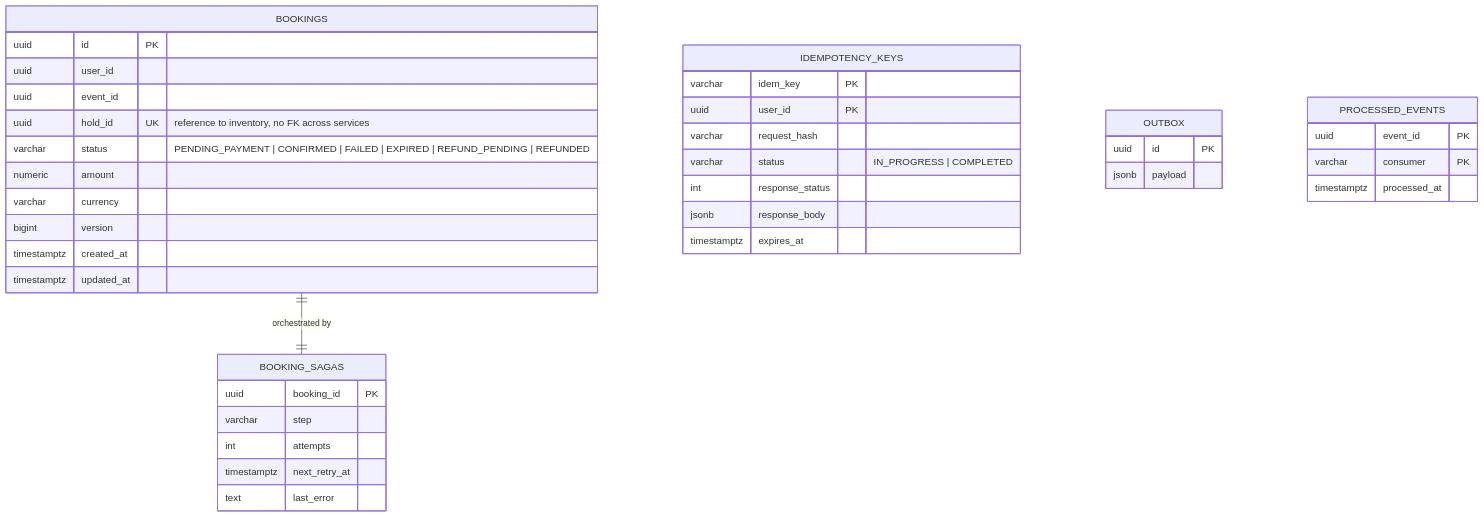
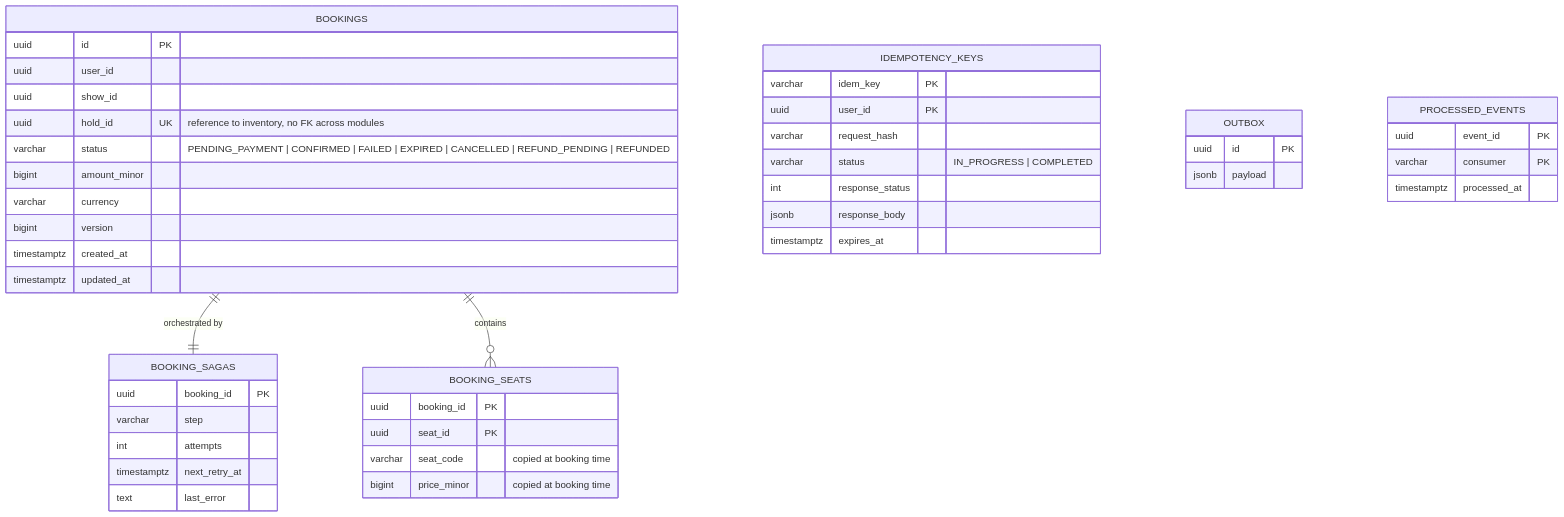
Before and after one commit to Vivek-122005/distributed-ticket-reservation-system: the second of 2 diagrams in docs/hld/04-data-model.md, drawn with Mermaid. The commit also changed other lines of this file and 8 other files, not shown here.

First line of the commit message:
docs: adopt show/venue model, payment reconciliation and monolith-first core

````diff
--- a/docs/hld/04-data-model.md
+++ b/docs/hld/04-data-model.md
@@ -65,41 +105,48 @@
 ```mermaid
 erDiagram
     BOOKINGS ||--|| BOOKING_SAGAS : "orchestrated by"
+    BOOKINGS ||--o{ BOOKING_SEATS : contains
     BOOKINGS {
       uuid id PK
       uuid user_id
-      uuid event_id
-      uuid hold_id UK "reference to inventory, no FK across services"
-      varchar status "PENDING_PAYMENT | CONFIRMED | FAILED | EXPIRED | REFUND_PENDING | REFUNDED"
-      numeric amount
+      uuid show_id
+      uuid hold_id UK "reference to inventory, no FK across modules"
+      varchar status "PENDING_PAYMENT | CONFIRMED | FAILED | EXPIRED | CANCELLED | REFUND_PENDING | REFUNDED"
+      bigint amount_minor
       varchar currency
       bigint version
       timestamptz created_at
       timestamptz updated_at
+    }
+    BOOKING_SEATS {
+      uuid booking_id PK
+      uuid seat_id PK
+      varchar seat_code "copied at booking time"
+      bigint price_minor "copied at booking time"
     }
     BOOKING_SAGAS {
       uuid booking_id PK
       varchar step
       int attempts
       timestamptz next_retry_at
       text last_error
     }
     IDEMPOTENCY_KEYS {
       varchar idem_key PK
       uuid user_id PK
       varchar request_hash
       varchar status "IN_PROGRESS | COMPLETED"
       int response_status
       jsonb response_body
       timestamptz expires_at
     }
     OUTBOX {
       uuid id PK
       jsonb payload
     }
     PROCESSED_EVENTS {
       uuid event_id PK
       varchar consumer PK
       timestamptz processed_at
     }
 ```
````
